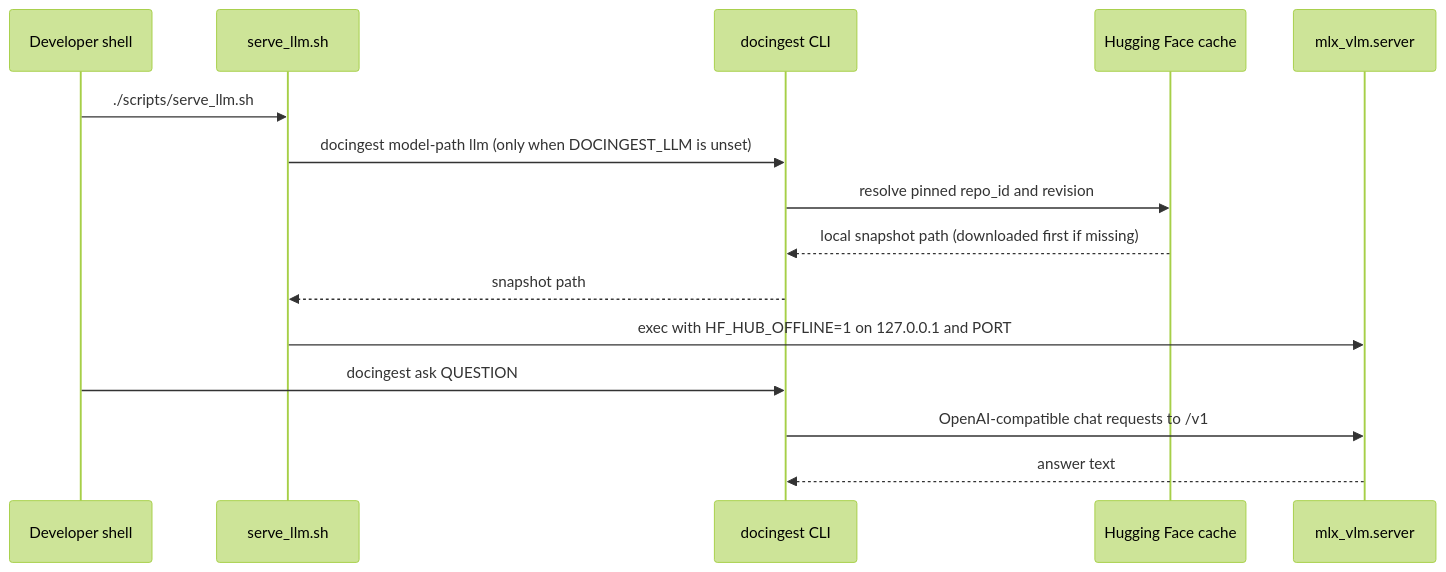
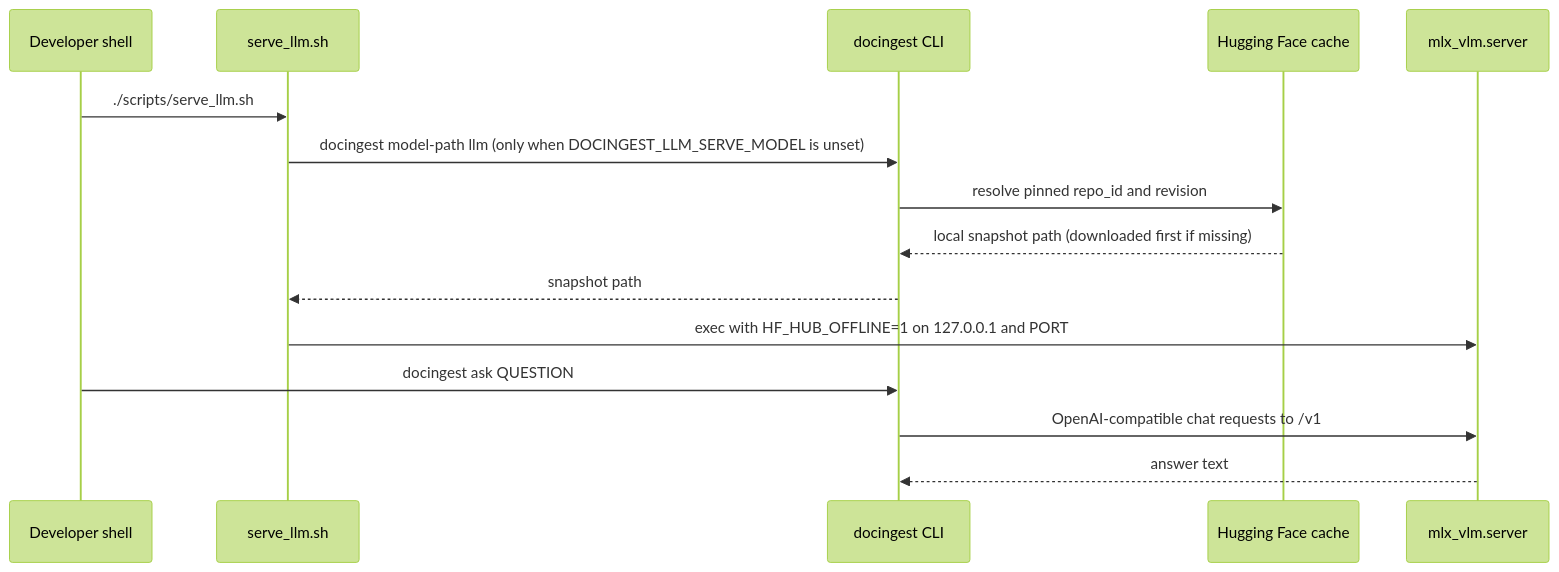
One commit to etxsA/doc-ingest changed the third of 3 diagrams in scripts/README.md. Above: the diagram before and after it, drawn with Mermaid (forest theme). The commit also changed other lines of this file and 12 other files, not shown here.

Commit message:
docs: module READMEs, architecture and contributing guide match the fixes

````diff
--- a/scripts/README.md
+++ b/scripts/README.md
@@ -166,17 +166,17 @@
 ```mermaid
 sequenceDiagram
     participant Dev as Developer shell
     participant Script as serve_llm.sh
     participant CLI as docingest CLI
     participant HF as Hugging Face cache
     participant Server as mlx_vlm.server
     Dev->>Script: ./scripts/serve_llm.sh
-    Script->>CLI: docingest model-path llm (only when DOCINGEST_LLM is unset)
+    Script->>CLI: docingest model-path llm (only when DOCINGEST_LLM_SERVE_MODEL is unset)
     CLI->>HF: resolve pinned repo_id and revision
     HF-->>CLI: local snapshot path (downloaded first if missing)
     CLI-->>Script: snapshot path
     Script->>Server: exec with HF_HUB_OFFLINE=1 on 127.0.0.1 and PORT
     Dev->>CLI: docingest ask QUESTION
     CLI->>Server: OpenAI-compatible chat requests to /v1
     Server-->>CLI: answer text
 ```
````
